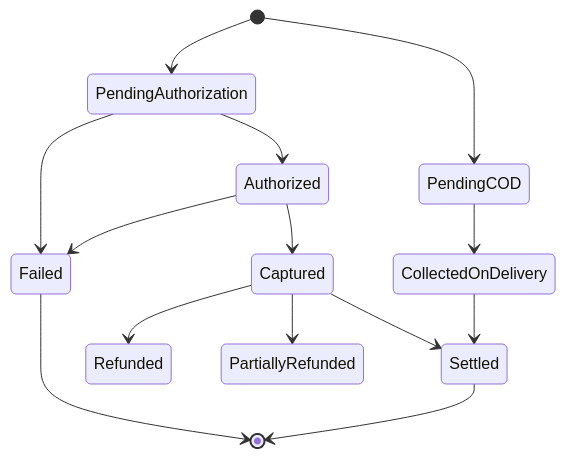
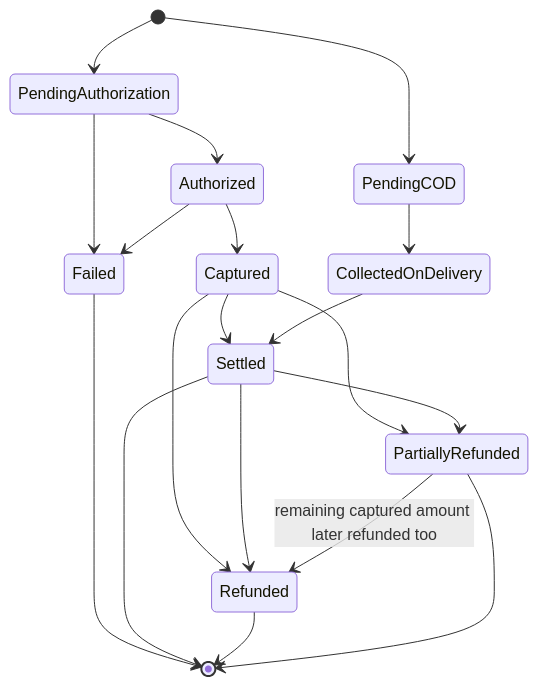
The fifth of 7 diagrams in docs/srs/02-functional-requirements.md (FINALTALA/FINALPRO), drawn with Mermaid before and after one commit. The commit also changed other lines of this file, not shown here.

First line of the commit message:
Fix remaining Part-2 state-machine gaps flagged by audit

````diff
--- a/docs/srs/02-functional-requirements.md
+++ b/docs/srs/02-functional-requirements.md
@@ -330,16 +356,21 @@
 ```mermaid
 stateDiagram-v2
     [*] --> PendingAuthorization
     [*] --> PendingCOD
     PendingAuthorization --> Authorized
     PendingAuthorization --> Failed
     Authorized --> Captured
     Authorized --> Failed
     Captured --> Settled
     Captured --> Refunded
     Captured --> PartiallyRefunded
+    Settled --> Refunded
+    Settled --> PartiallyRefunded
+    PartiallyRefunded --> Refunded: remaining captured amount later refunded too
     PendingCOD --> CollectedOnDelivery
     CollectedOnDelivery --> Settled
     Failed --> [*]
     Settled --> [*]
+    Refunded --> [*]
+    PartiallyRefunded --> [*]
 ```
````
